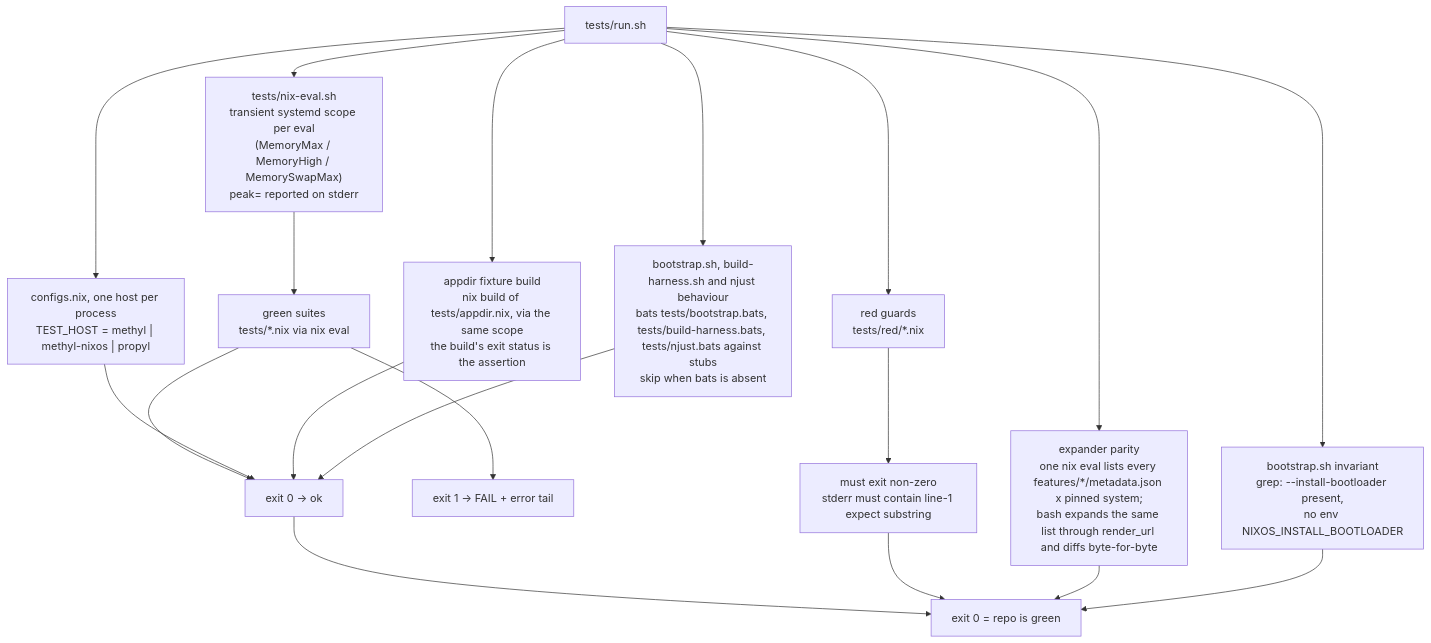
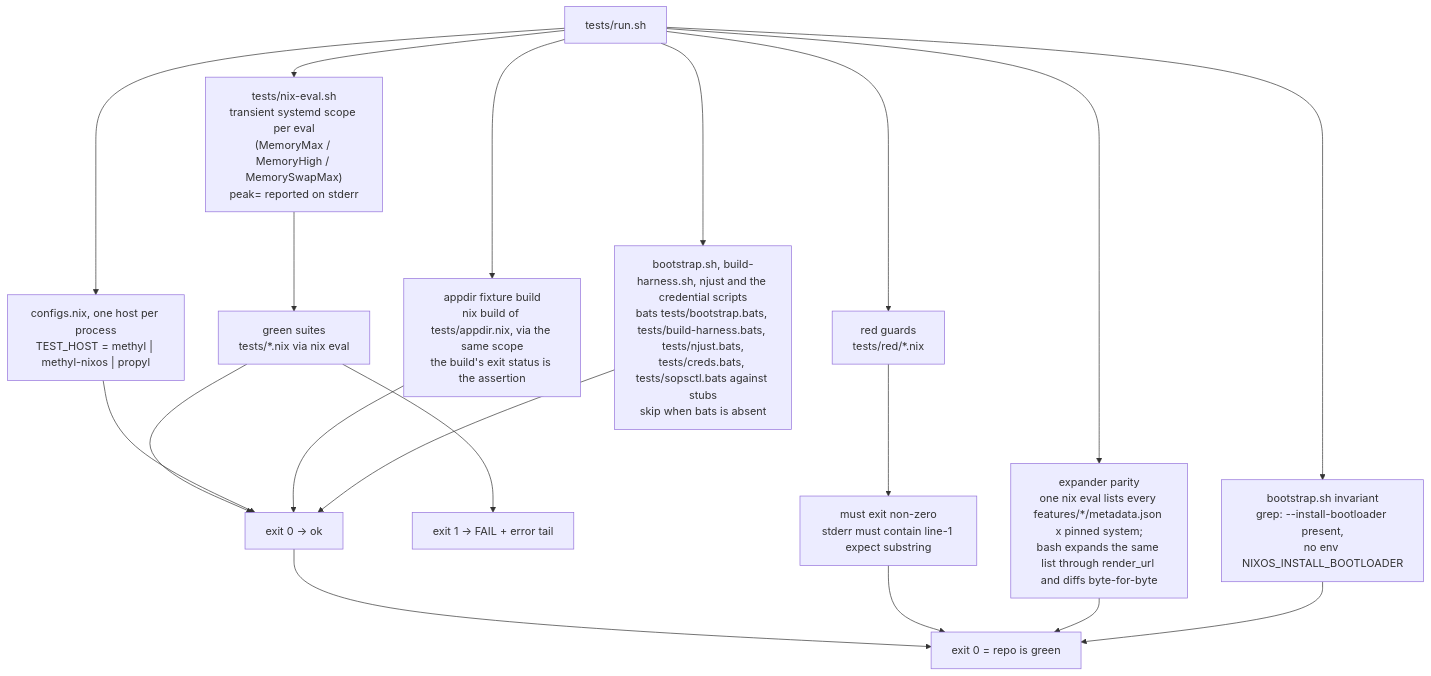
Before and after one commit to WombatFromHell/automatic-palm-tree: the first of 5 diagrams in TEST_DESIGN.md, drawn with Mermaid. The commit also changed other lines of this file and 9 other files, not shown here.

Commit message:
Rework sopsctl tool in 'hm-creds' to use ssh-to-age in the init workflow

````diff
--- a/TEST_DESIGN.md
+++ b/TEST_DESIGN.md
@@ -13,21 +14,21 @@
 ```mermaid
 flowchart TD
   R["tests/run.sh"] --> N["tests/nix-eval.sh<br/>transient systemd scope per eval<br/>(MemoryMax / MemoryHigh / MemorySwapMax)<br/>peak= reported on stderr"]
   N --> G["green suites<br/>tests/*.nix via nix eval"]
   G --> G1["exit 0 → ok"]
   G --> G2["exit 1 → FAIL + error tail"]
   R --> C["configs.nix, one host per process<br/>TEST_HOST = methyl | methyl-nixos | propyl"]
   C --> G1
   R --> D["red guards<br/>tests/red/*.nix"]
   D --> D1["must exit non-zero<br/>stderr must contain line-1 expect substring"]
   R --> P["expander parity<br/>one nix eval lists every features/*/metadata.json x pinned system;<br/>bash expands the same list through render_url and diffs byte-for-byte"]
   R --> B["bootstrap.sh invariant<br/>grep: --install-bootloader present,<br/>no env NIXOS_INSTALL_BOOTLOADER"]
   R --> A["appdir fixture build<br/>nix build of tests/appdir.nix, via the same scope<br/>the build's exit status is the assertion"]
   A --> G1
-  R --> I["bootstrap.sh, build-harness.sh and njust behaviour<br/>bats tests/bootstrap.bats, tests/build-harness.bats, tests/njust.bats against stubs<br/>skip when bats is absent"]
+  R --> I["bootstrap.sh, build-harness.sh, njust and the credential scripts<br/>bats tests/bootstrap.bats, tests/build-harness.bats, tests/njust.bats,<br/>tests/creds.bats, tests/sopsctl.bats against stubs<br/>skip when bats is absent"]
   I --> G1
   G1 --> X["exit 0 = repo is green"]
   D1 --> X
   P --> X
   B --> X
 ```
````
